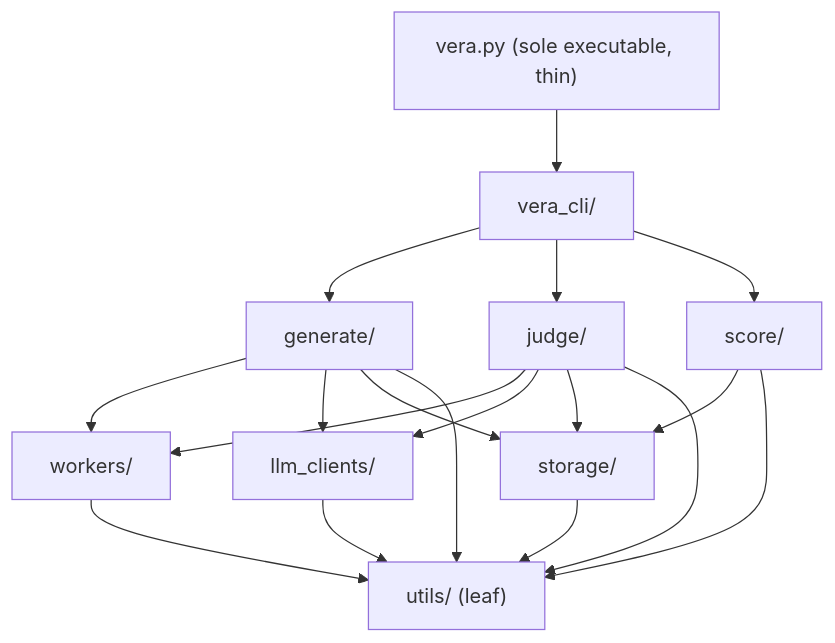
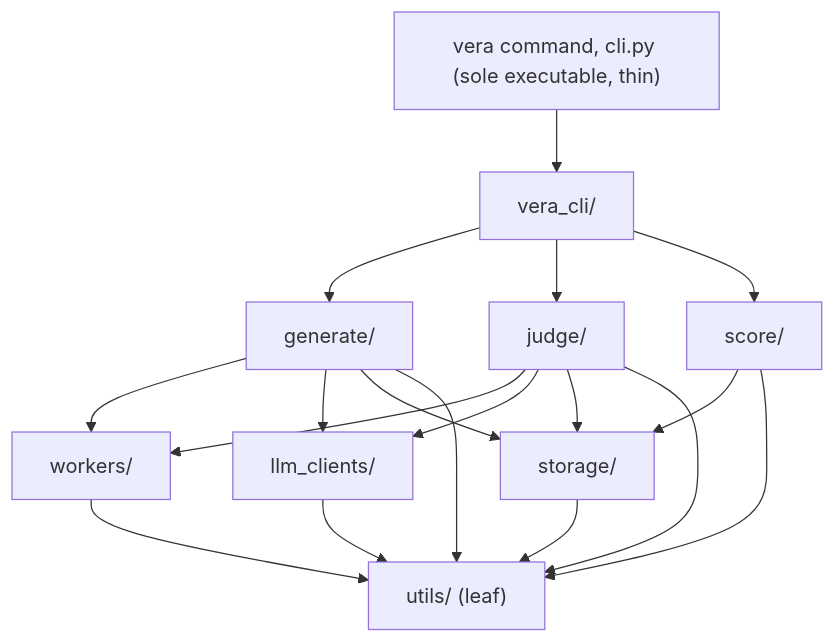
Before and after one commit to SpringCare/VERA-MH: the diagram in docs/ARCHITECTURE-SPINE.md, drawn with Mermaid. The commit also changed other lines of this file and 29 other files, not shown here.

First line of the commit message:
refactor: drop the root vera.py; vera is the only entry point

````diff
--- a/docs/ARCHITECTURE-SPINE.md
+++ b/docs/ARCHITECTURE-SPINE.md
@@ -40,20 +40,20 @@
 ```mermaid
 graph TD
-    ENTRY["vera.py (sole executable, thin)"] --> CLI["vera_cli/"]
+    ENTRY["vera command, cli.py (sole executable, thin)"] --> CLI["vera_cli/"]
     CLI --> GEN["generate/"]
     CLI --> JUDGE["judge/"]
     CLI --> SCORE["score/"]
     GEN --> WORKERS["workers/"]
     JUDGE --> WORKERS
     GEN --> LLM["llm_clients/"]
     JUDGE --> LLM
     GEN --> STORAGE["storage/"]
     JUDGE --> STORAGE
     SCORE --> STORAGE
     LLM --> UTILS["utils/ (leaf)"]
     STORAGE --> UTILS
     WORKERS --> UTILS
     GEN --> UTILS
     JUDGE --> UTILS
     SCORE --> UTILS
 ```
````
